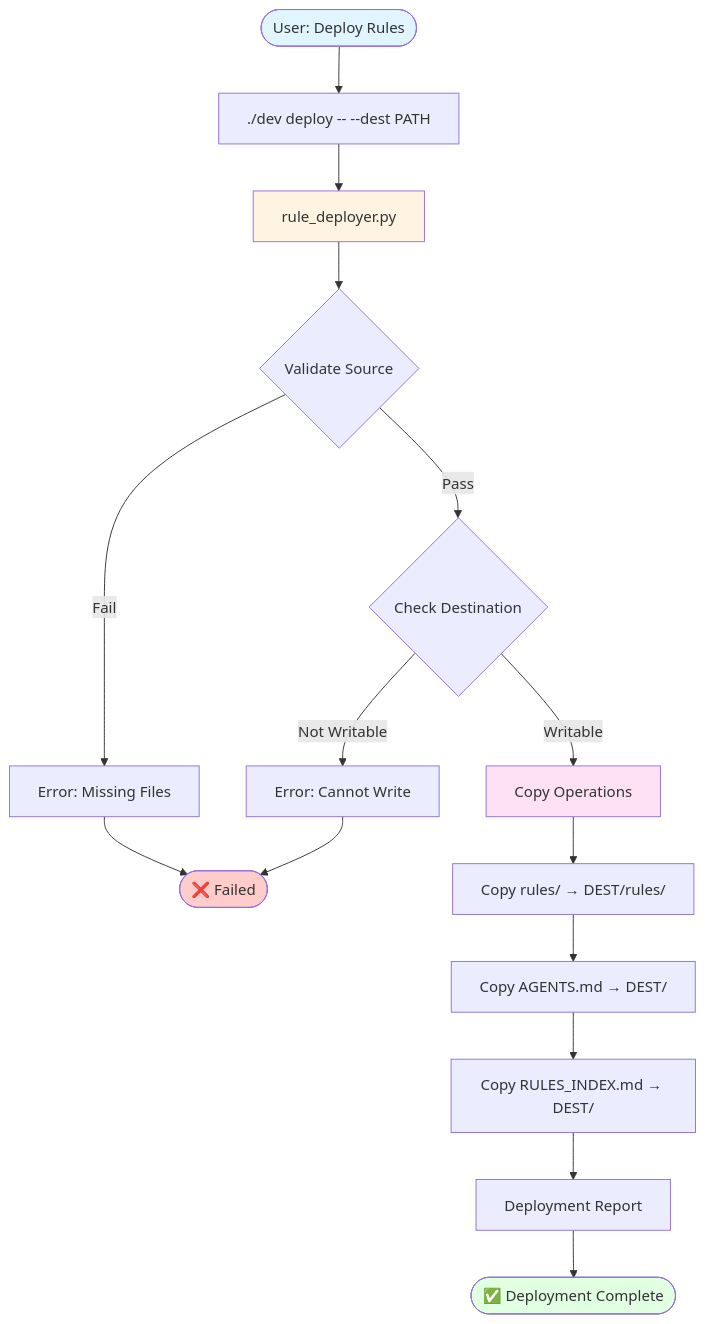
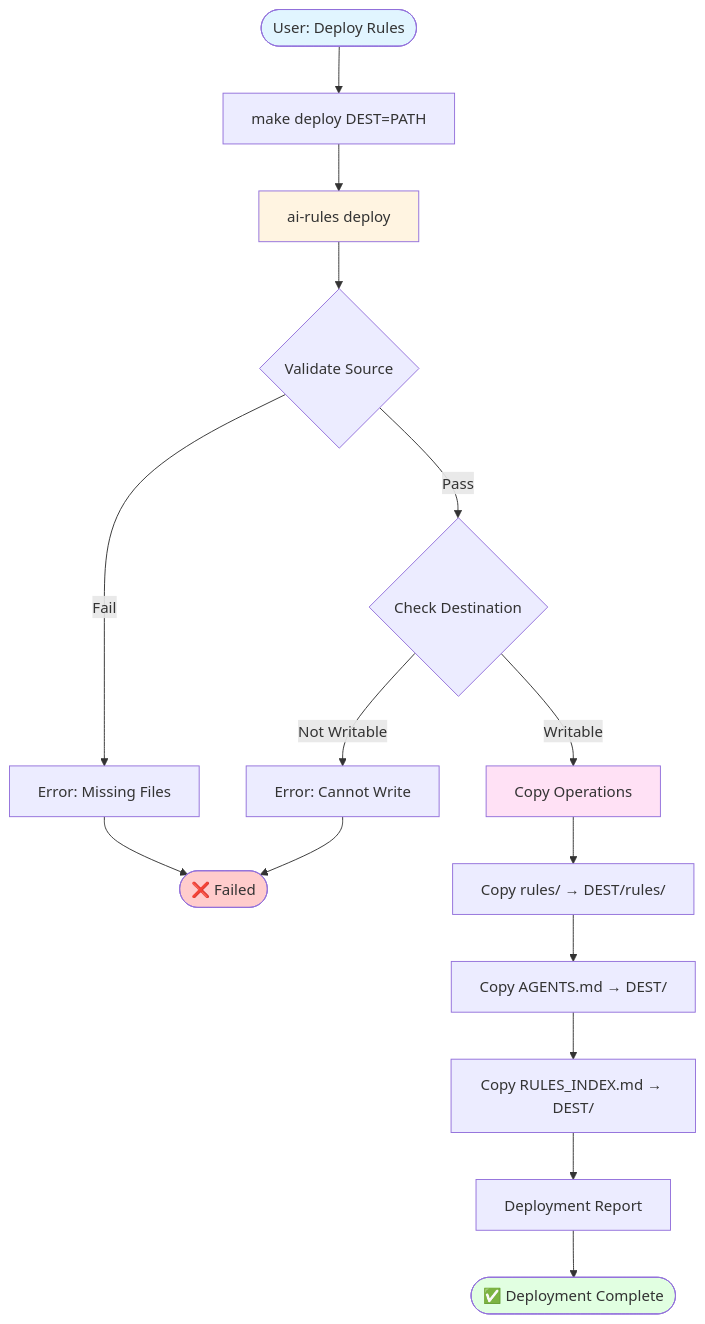
Before and after one commit to sfc-gh-myoung/ai_coding_rules: the second of 3 diagrams in docs/ARCHITECTURE.md, drawn with Mermaid. The commit also changed other lines of this file and 35 other files, not shown here.

First line of the commit message:
feat: add SQL procedures, Makefile rules, rule-loader skill, and dependency updates

````diff
--- a/docs/ARCHITECTURE.md
+++ b/docs/ARCHITECTURE.md
@@ -1931,24 +1670,24 @@
 ```mermaid
 flowchart TD
     Start([User: Deploy Rules]) --> Command
-    Command[./dev deploy -- --dest PATH] --> Deployer
-    Deployer[rule_deployer.py] --> Validate{Validate Source}
+    Command[make deploy DEST=PATH] --> Deployer
+    Deployer[ai-rules deploy] --> Validate{Validate Source}
     Validate -->|Fail| Error[Error: Missing Files]
     Validate -->|Pass| CheckDest{Check Destination}
     CheckDest -->|Not Writable| Error2[Error: Cannot Write]
     CheckDest -->|Writable| Copy
     Copy[Copy Operations] --> CopyRules[Copy rules/ → DEST/rules/]
     CopyRules --> CopyAgents[Copy AGENTS.md → DEST/]
     CopyAgents --> CopyIndex[Copy RULES_INDEX.md → DEST/]
     CopyIndex --> Report[Deployment Report]
     Report --> Success([✅ Deployment Complete])
     
     Error --> End([❌ Failed])
     Error2 --> End
     
     style Start fill:#e1f5ff
     style Deployer fill:#fff4e1
     style Copy fill:#ffe1f5
     style Success fill:#e1ffe1
     style End fill:#ffcccc
 ```
````
